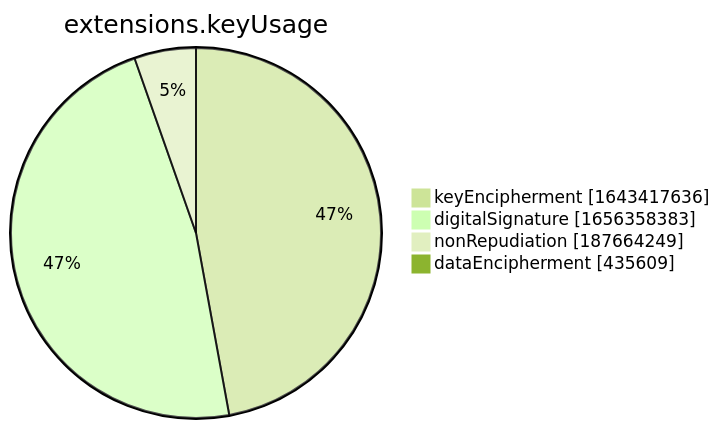
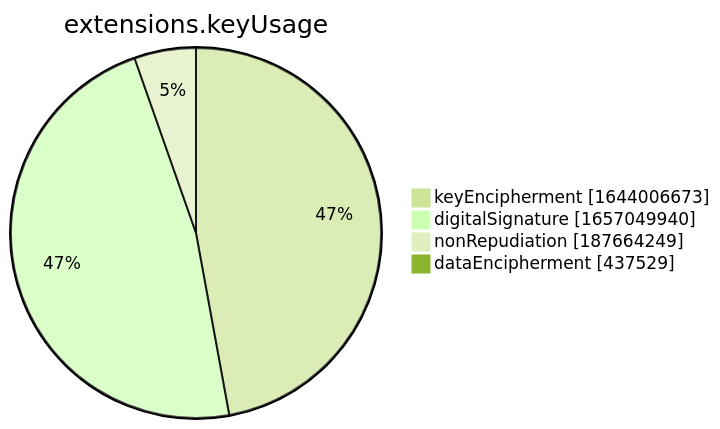
One commit to christiankrug/ctmonitor_visualization changed the seventh of 15 diagrams in xenon2022/README.md. Above: the diagram before and after it, drawn with Mermaid (forest theme). The commit also changed other lines of this file, not shown here.

````diff
--- a/xenon2022/README.md
+++ b/xenon2022/README.md
@@ -2856,8 +2856,8 @@
 ```mermaid
 pie showData
 title extensions.keyUsage
-"keyEncipherment" :1643417636
-"digitalSignature" :1656358383
+"keyEncipherment" :1644006673
+"digitalSignature" :1657049940
 "nonRepudiation" :187664249
-"dataEncipherment" :435609
+"dataEncipherment" :437529
 ```
````
